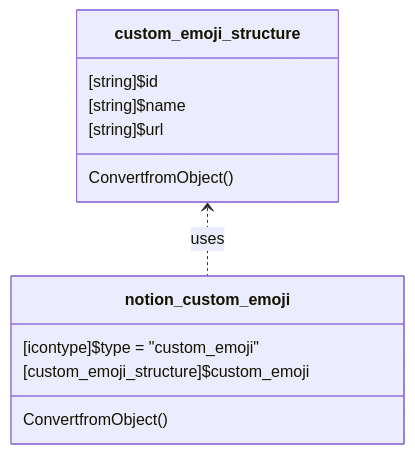
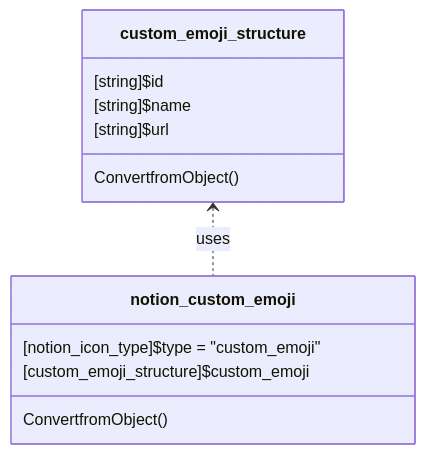
One commit to fasteiner/Notion changed the diagram in docs/Classes/Emoji/02_custom_emoji.md. Above: the diagram before and after it, drawn with Mermaid. The commit also changed 16 other files, not shown here.

Commit message:
Refactor emoji and custom emoji classes to use 'notion_icon_type' enum; update rich text creation logic; enhance error handling in parent class; add integration tests for callout block functionality.

````diff
--- a/docs/Classes/Emoji/02_custom_emoji.md
+++ b/docs/Classes/Emoji/02_custom_emoji.md
@@ -5,16 +5,16 @@
 ```mermaid
 classDiagram
     class custom_emoji_structure {
         [string]$id
         [string]$name
         [string]$url
         ConvertfromObject()
     }   
     class notion_custom_emoji {
-        [icontype]$type = "custom_emoji"
+        [notion_icon_type]$type = "custom_emoji"
         [custom_emoji_structure]$custom_emoji
         ConvertfromObject()
     }
 
     `custom_emoji_structure` <.. `notion_custom_emoji`:uses
 ```
````
